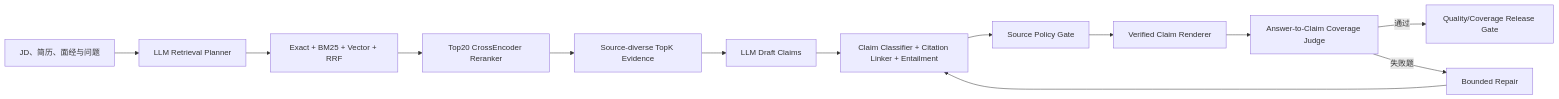
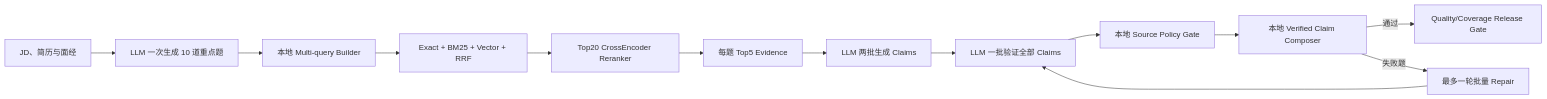
Before and after one commit to Yonhen233/CareerAgent: the diagram in docs/ARCHITECTURE.md, drawn with Mermaid. The commit also changed other lines of this file and 22 other files, not shown here.

````diff
--- a/docs/ARCHITECTURE.md
+++ b/docs/ARCHITECTURE.md
@@ -65,15 +65,15 @@
 ```mermaid
 flowchart LR
-    A["JD、简历、面经与问题"] --> B["LLM Retrieval Planner"]
-    B --> C["Exact + BM25 + Vector + RRF"]
-    C --> D["Top20 CrossEncoder Reranker"]
-    D --> E["Source-diverse TopK Evidence"]
-    E --> F["LLM Draft Claims"]
-    F --> G["Claim Classifier + Citation Linker + Entailment"]
-    G --> H["Source Policy Gate"]
-    H --> I["Verified Claim Renderer"]
-    I --> J["Answer-to-Claim Coverage Judge"]
+    A["JD、简历与面经"] --> B["LLM 一次生成 10 道重点题"]
+    B --> C["本地 Multi-query Builder"]
+    C --> D["Exact + BM25 + Vector + RRF"]
+    D --> E["Top20 CrossEncoder Reranker"]
+    E --> F["每题 Top5 Evidence"]
+    F --> G["LLM 两批生成 Claims"]
+    G --> H["LLM 一批验证全部 Claims"]
+    H --> I["本地 Source Policy Gate"]
+    I --> J["本地 Verified Claim Composer"]
     J -->|"通过"| K["Quality/Coverage Release Gate"]
-    J -->|"失败题"| L["Bounded Repair"]
-    L --> G
+    J -->|"失败题"| L["最多一轮批量 Repair"]
+    L --> H
 ```
````
